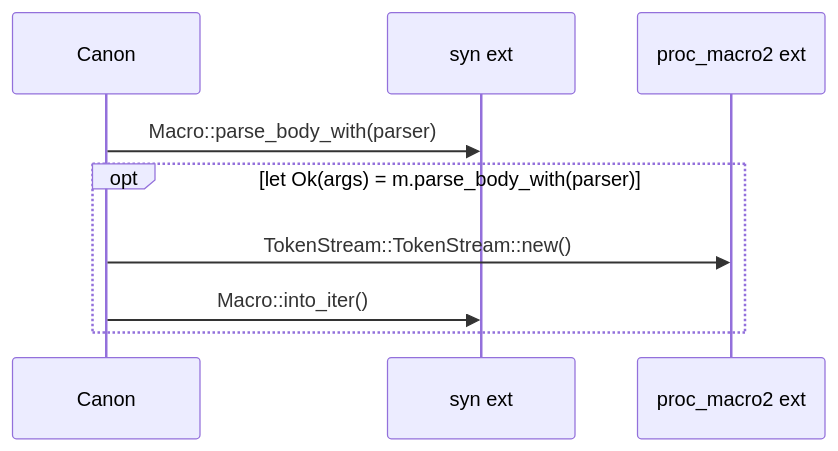
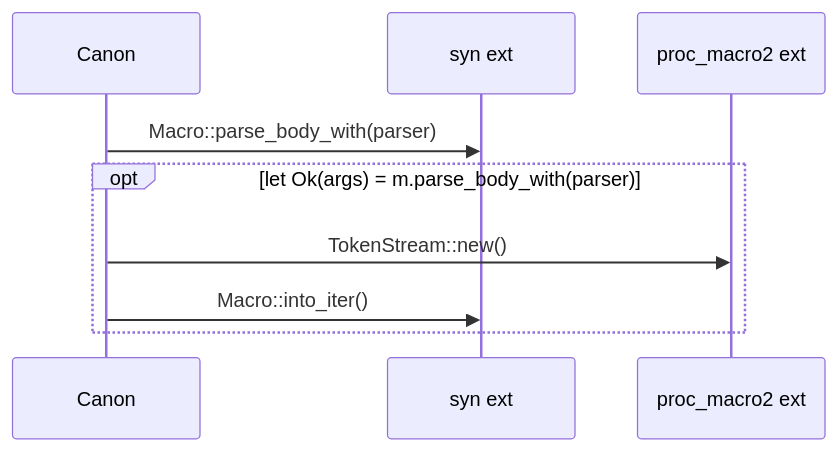
One commit to DreamLab-AI/codemaid changed the eighth of 16 diagrams in docs/sealmap/crates/sealmap-rust/src/fingerprint.rs.md. Above: the diagram before and after it, drawn with Mermaid. The commit also changed other lines of this file and 29 other files, not shown here.

````diff
--- a/docs/sealmap/crates/sealmap-rust/src/fingerprint.rs.md
+++ b/docs/sealmap/crates/sealmap-rust/src/fingerprint.rs.md
@@ -177,11 +177,11 @@
 ```mermaid
 sequenceDiagram
   participant sealmap_rust__fingerprint___tCanon as Canon
   participant _syn as syn ext
   participant _proc_macro2 as proc_macro2 ext
   sealmap_rust__fingerprint___tCanon->>_syn: Macro::parse_body_with(parser)
   opt let Ok(args) = m.parse_body_with(parser)
-    sealmap_rust__fingerprint___tCanon->>_proc_macro2: TokenStream::TokenStream::new()
+    sealmap_rust__fingerprint___tCanon->>_proc_macro2: TokenStream::new()
     sealmap_rust__fingerprint___tCanon->>_syn: Macro::into_iter()
   end
 ```
````
